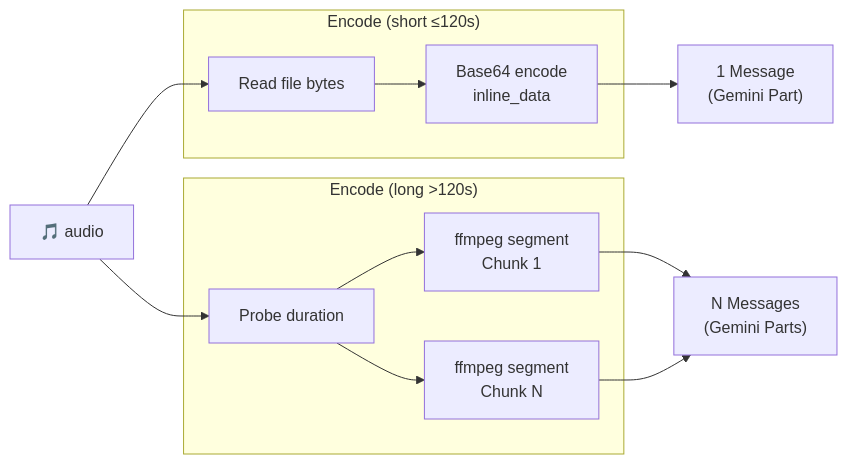
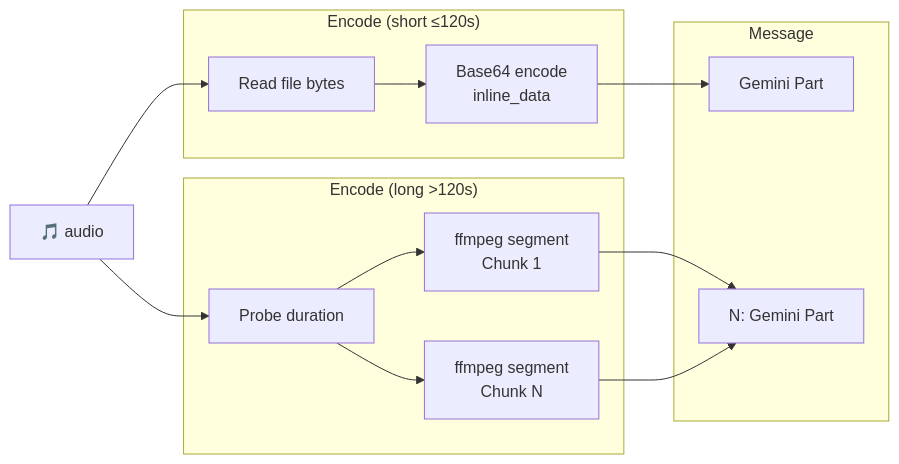
One commit to vlm-run/mm changed diagram 12 of 17 in docs/ENCODERS.md. Above: the diagram before and after it, drawn with Mermaid. The commit also changed other lines of this file and 1 other file, not shown here.

Commit message:
use a message block with subgroups

````diff
--- a/docs/ENCODERS.md
+++ b/docs/ENCODERS.md
@@ -270,23 +292,25 @@
 ```mermaid
 graph LR
   audio["🎵 audio"]
 
   subgraph encode ["Encode (short ≤120s)"]
     read["Read file bytes"]
     b64["Base64 encode\ninline_data"]
   end
 
   subgraph encode2 ["Encode (long >120s)"]
     probe["Probe duration"]
     c1["ffmpeg segment\nChunk 1"]
     c2["ffmpeg segment\nChunk N"]
   end
 
-  msg1["1 Message\n(Gemini Part)"]
-  msgN["N Messages\n(Gemini Parts)"]
+  subgraph message ["Message"]
+    msg1["Gemini Part"]
+    msgN["N: Gemini Part"]
+  end
 
   audio --> read --> b64 --> msg1
   audio --> probe
   probe --> c1 --> msgN
   probe --> c2 --> msgN
 ```
````
